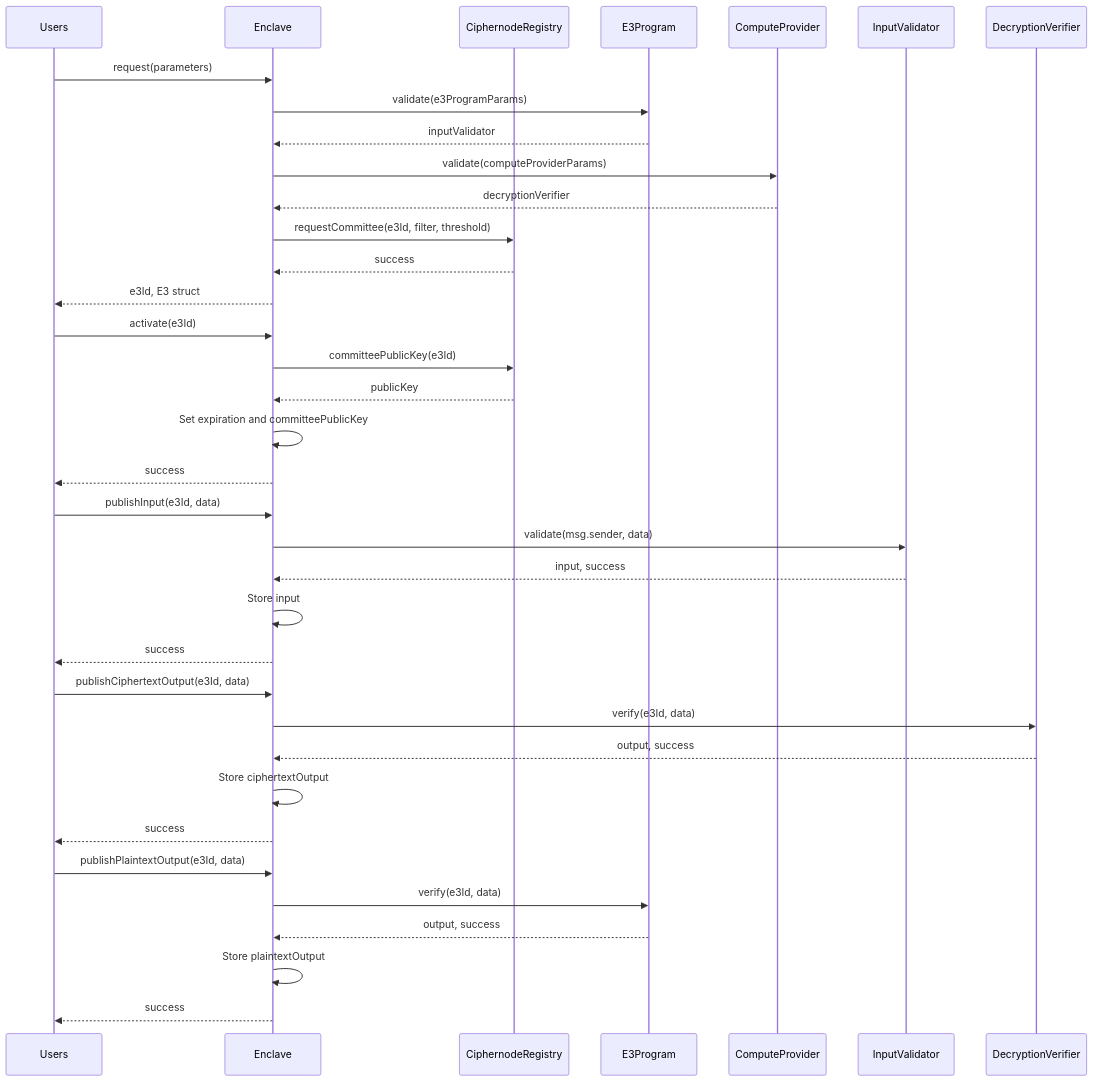
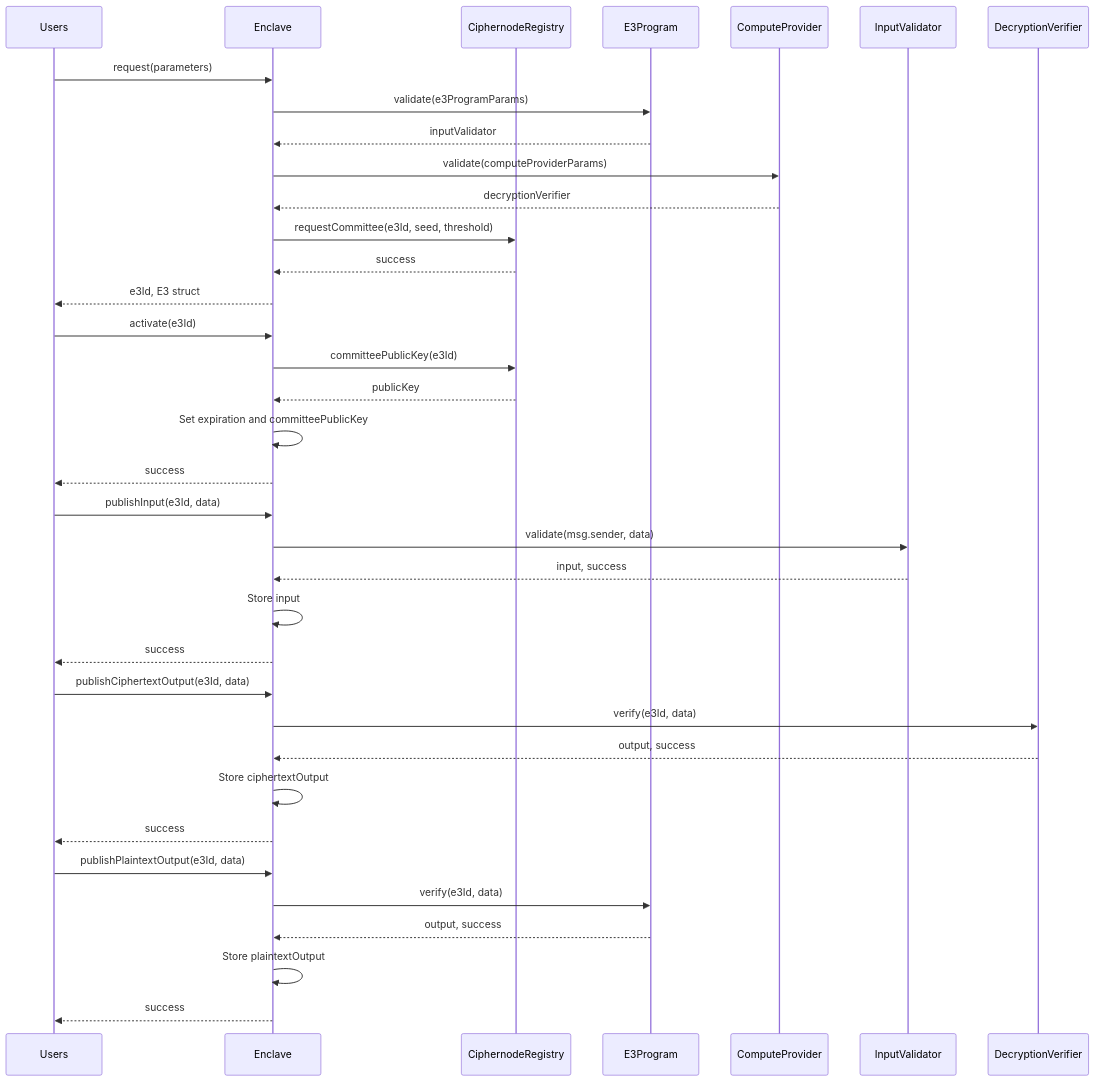
Before and after one commit to gnosisguild/enclave: the diagram in README.md, drawn with Mermaid. The commit also changed 165 other files, not shown here.

````diff
--- a/README.md
+++ b/README.md
@@ -144,43 +144,43 @@
 ```mermaid
 sequenceDiagram
     participant Users
     participant Enclave
     participant CiphernodeRegistry
     participant E3Program
     participant ComputeProvider
     participant InputValidator
     participant DecryptionVerifier
 
     Users->>Enclave: request(parameters)
     Enclave->>E3Program: validate(e3ProgramParams)
     E3Program-->>Enclave: inputValidator
     Enclave->>ComputeProvider: validate(computeProviderParams)
     ComputeProvider-->>Enclave: decryptionVerifier
-    Enclave->>CiphernodeRegistry: requestCommittee(e3Id, filter, threshold)
+    Enclave->>CiphernodeRegistry: requestCommittee(e3Id, seed, threshold)
     CiphernodeRegistry-->>Enclave: success
     Enclave-->>Users: e3Id, E3 struct
 
     Users->>Enclave: activate(e3Id)
     Enclave->>CiphernodeRegistry: committeePublicKey(e3Id)
     CiphernodeRegistry-->>Enclave: publicKey
     Enclave->>Enclave: Set expiration and committeePublicKey
     Enclave-->>Users: success
 
     Users->>Enclave: publishInput(e3Id, data)
     Enclave->>InputValidator: validate(msg.sender, data)
     InputValidator-->>Enclave: input, success
     Enclave->>Enclave: Store input
     Enclave-->>Users: success
 
     Users->>Enclave: publishCiphertextOutput(e3Id, data)
     Enclave->>DecryptionVerifier: verify(e3Id, data)
     DecryptionVerifier-->>Enclave: output, success
     Enclave->>Enclave: Store ciphertextOutput
     Enclave-->>Users: success
 
     Users->>Enclave: publishPlaintextOutput(e3Id, data)
     Enclave->>E3Program: verify(e3Id, data)
     E3Program-->>Enclave: output, success
     Enclave->>Enclave: Store plaintextOutput
     Enclave-->>Users: success
 ```
````
